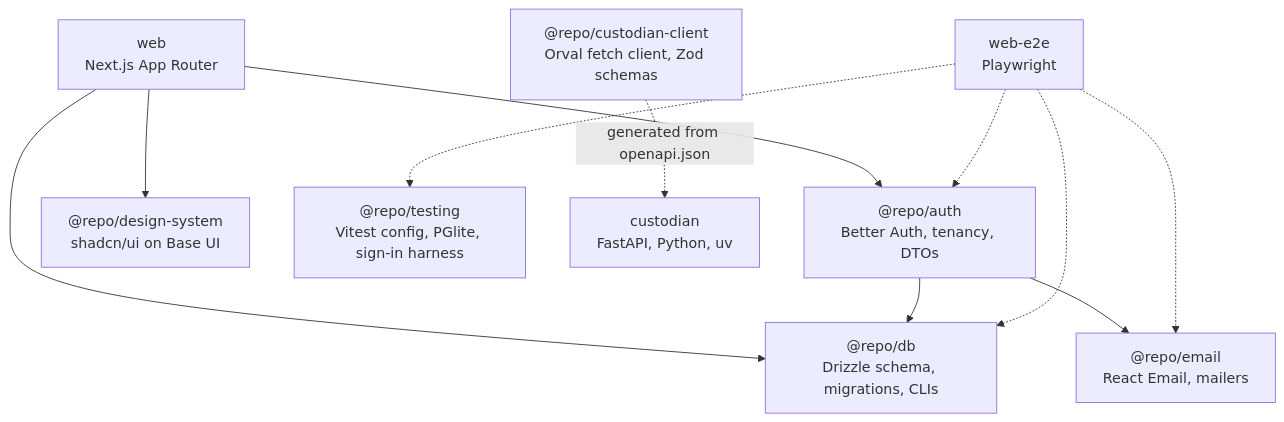
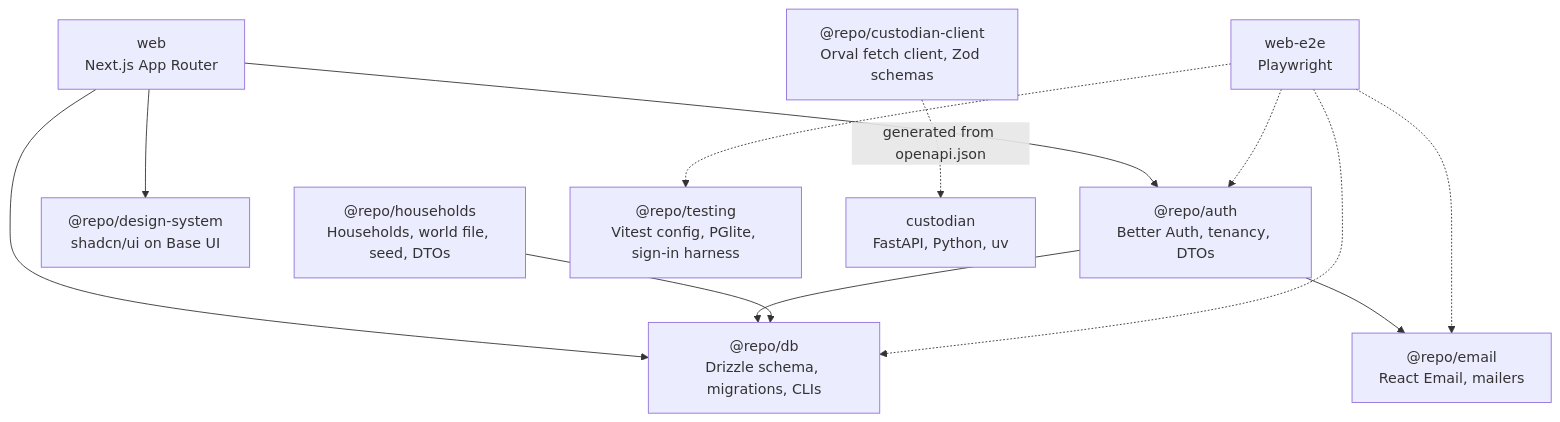
One commit to m0t0r/cognitive-wealth changed the diagram in docs/diagrams/packages.mmd. Above: the diagram before and after it, drawn with Mermaid. The commit also changed 31 other files, not shown here.

First line of the commit message:
feat(households): Household tables, and the seed loads the world's CRM half

```diff
--- a/docs/diagrams/packages.mmd
+++ b/docs/diagrams/packages.mmd
@@ -1,23 +1,25 @@
 flowchart TB
   web["web<br/>Next.js App Router"]
   e2e["web-e2e<br/>Playwright"]
   auth["@repo/auth<br/>Better Auth, tenancy, DTOs"]
   ds["@repo/design-system<br/>shadcn/ui on Base UI"]
   db["@repo/db<br/>Drizzle schema, migrations, CLIs"]
   email["@repo/email<br/>React Email, mailers"]
+  households["@repo/households<br/>Households, world file, seed, DTOs"]
   testing["@repo/testing<br/>Vitest config, PGlite, sign-in harness"]
   custodian["custodian<br/>FastAPI, Python, uv"]
   client["@repo/custodian-client<br/>Orval fetch client, Zod schemas"]
 
   web --> auth
   web --> ds
   web --> db
   auth --> db
   auth --> email
+  households --> db
 
   e2e -.-> auth
   e2e -.-> db
   e2e -.-> email
   e2e -.-> testing
 
   client -.->|"generated from openapi.json"| custodian
```
